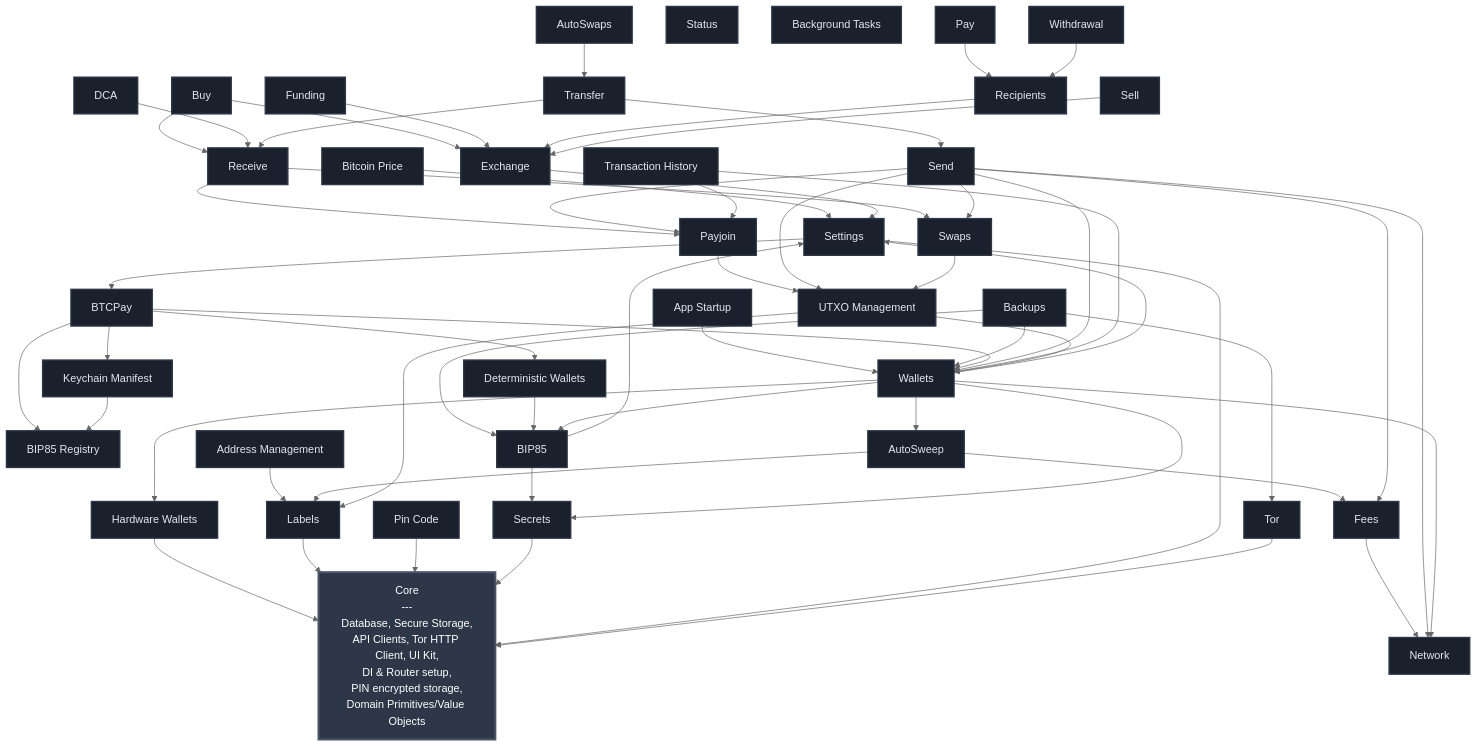
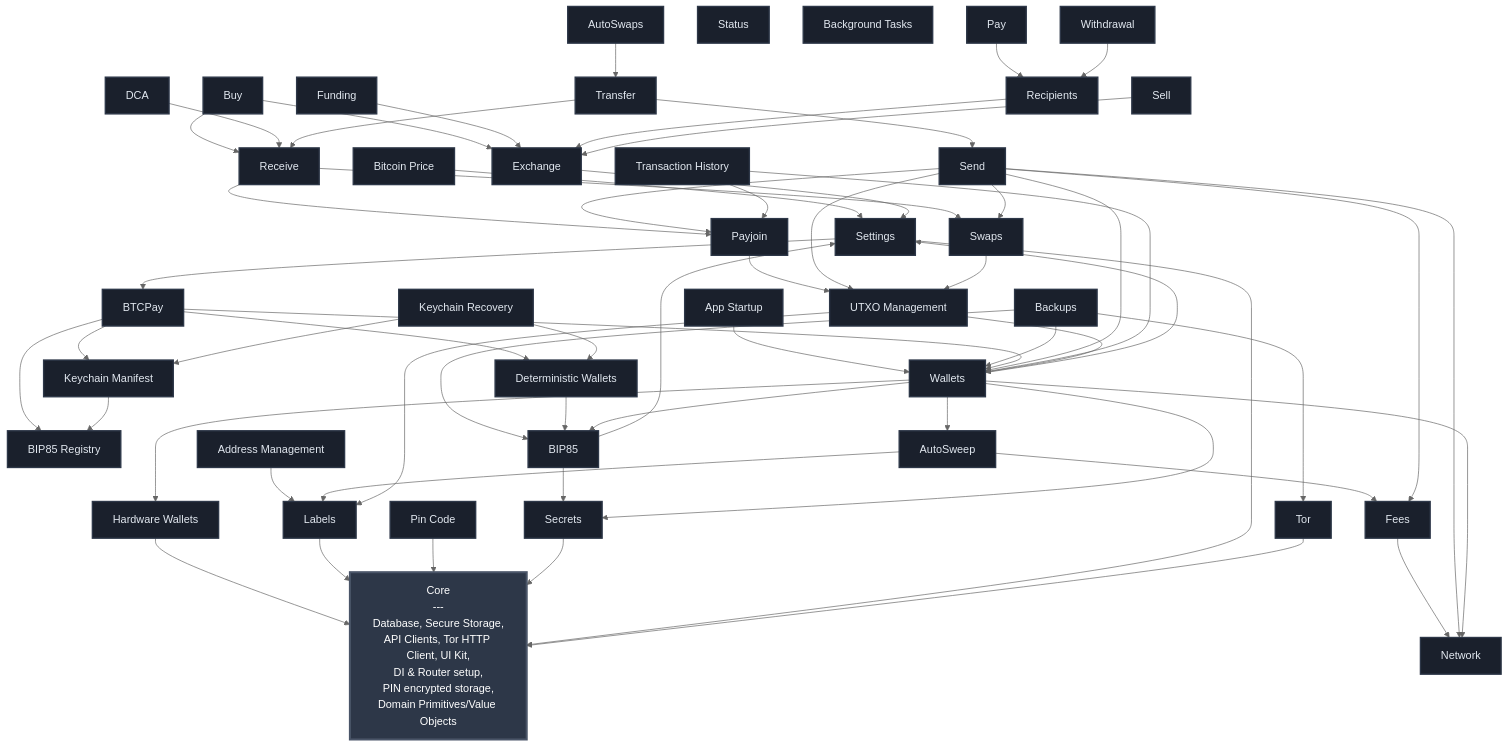
The diagram in FEATURES.md (BullishNode/bullbitcoin-mobile), drawn with Mermaid (neutral theme) before and after one commit. The commit also changed 10 other files, not shown here.

Commit message:
feat(keychain_recovery): restore manifest wallet materializations

````diff
--- a/FEATURES.md
+++ b/FEATURES.md
@@ -23,6 +23,7 @@
     BIP85_REGISTRY[BIP85 Registry]
     DETERMINISTIC_WALLETS[Deterministic Wallets]
     KEYCHAIN_MANIFEST[Keychain Manifest]
+    KEYCHAIN_RECOVERY[Keychain Recovery]
     NETWORK[Network]
     BIP85[BIP85]
     FEES[Fees]
@@ -71,6 +72,8 @@
     BTCPAY --> WALLETS
     DETERMINISTIC_WALLETS --> BIP85
     KEYCHAIN_MANIFEST --> BIP85_REGISTRY
+    KEYCHAIN_RECOVERY --> DETERMINISTIC_WALLETS
+    KEYCHAIN_RECOVERY --> KEYCHAIN_MANIFEST
     BUY --> EXCHANGE
     BUY --> RECEIVE
     DCA --> RECEIVE
@@ -116,5 +119,5 @@
     classDef featureStyle fill:#1a202c,stroke:#2d3748,stroke-width:2px,color:#e2e8f0
 
     class CORE coreStyle
-    class SETTINGS,TOR,PIN_CODE,LABELS,SECRETS,HW_WALLETS,BTC_PRICE,BTCPAY,BIP85_REGISTRY,DETERMINISTIC_WALLETS,KEYCHAIN_MANIFEST,NETWORK,BIP85,FEES,WALLETS,EXCHANGE,APP_STARTUP,UTXO_MGMT,ADDRESS_MGMT,RECIPIENTS,FUNDING,BACKUPS,SWAPS,PAYJOIN,WITHDRAWAL,STATUS,SEND,RECEIVE,TRANSFER,TX_HISTORY,BG_TASKS,AUTOSWAPS,AUTOSWEEP,DCA,SELL,PAY,BUY featureStyle
+    class SETTINGS,TOR,PIN_CODE,LABELS,SECRETS,HW_WALLETS,BTC_PRICE,BTCPAY,BIP85_REGISTRY,DETERMINISTIC_WALLETS,KEYCHAIN_MANIFEST,KEYCHAIN_RECOVERY,NETWORK,BIP85,FEES,WALLETS,EXCHANGE,APP_STARTUP,UTXO_MGMT,ADDRESS_MGMT,RECIPIENTS,FUNDING,BACKUPS,SWAPS,PAYJOIN,WITHDRAWAL,STATUS,SEND,RECEIVE,TRANSFER,TX_HISTORY,BG_TASKS,AUTOSWAPS,AUTOSWEEP,DCA,SELL,PAY,BUY featureStyle
 ```
````
